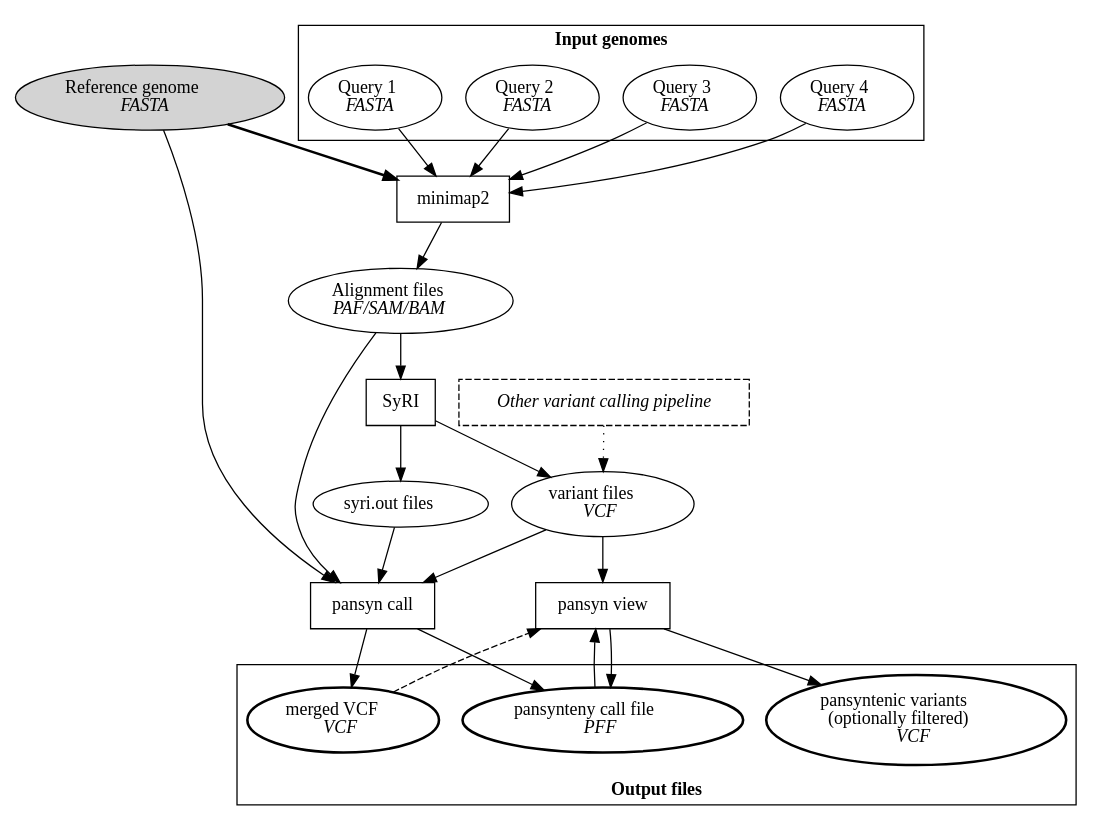
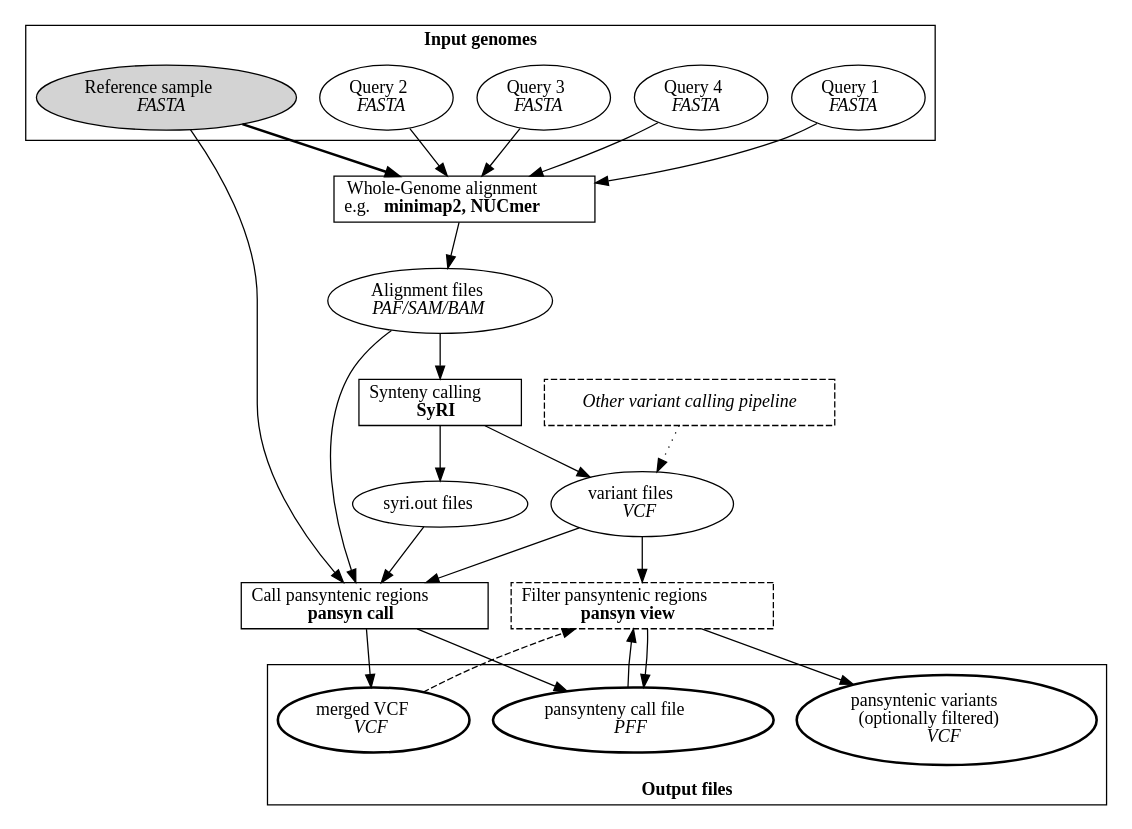
Before and after one commit to schneebergerlab/msyd: the diagram in workflow.dot, drawn with Graphviz. The commit also changed 1 other file, not shown here.

```diff
--- a/workflow.dot
+++ b/workflow.dot
@@ -1,68 +1,65 @@
 digraph example{
 	//rankdir = LR
-	{
-		// input files
-		//node[style=none];
-		ref[label=<Reference genome<br/><i>FASTA</i>>, style=filled];
-		subgraph cluster1{
+	// input files
+	subgraph cluster1{
 			label="Input genomes";
 			fontname="Times-Bold";
+			ref[label=<Reference sample<br/><i>FASTA</i>>, style=filled];
 			Q2[label=<Query 2<br/><i>FASTA</i>>];
 			Q1[label=<Query 1<br/><i>FASTA</i>>];
 			Q4[label=<Query 4<br/><i>FASTA</i>>];
 			Q3[label=<Query 3<br/><i>FASTA</i>>];
-		}
 	}
 
 	{
 		// intermediate files
 		//node[style=dashed];
 		syriout[label=<syri.out files>];
 		vcfs[label=<variant files<br/><i>VCF</i>>];
 		alns[label=<Alignment files<br/><i>PAF/SAM/BAM</i>>];
 	}
 
 	{
 		// software tools
 		node[shape=box];
-		minimap2;
-		SyRI;
+		aligner [label=<Whole-Genome alignment<br/>e.g. <b>minimap2, NUCmer</b>>]
+		SyRI [label=<Synteny calling<br/><b>SyRI</b>>];
+		call [label=<Call pansyntenic regions<br/><b>pansyn call</b>>];
 		callers [label="Other variant calling pipeline", fontname="Times-Italic", style=dashed];
-		call [label="pansyn call"];
-		view [label="pansyn view"];
+		view [label=<Filter pansyntenic regions<br/><b>pansyn view</b>>, style=dashed];
 	}
 
 	subgraph cluster2{
 		// output files
 		label="Output files";
 		fontname="Times-Bold";
 		labelloc=b;
 		node[style=bold];
 		vcf [label=<merged VCF<br/><i>VCF</i>>];
 		pff [label=<pansynteny call file<br/><i>PFF</i>>];
 		filtered [label=<pansyntenic variants<br/>(optionally filtered)<br/><i>VCF</i>>];
 	}
 
-	Q1 -> minimap2;
-	Q2 -> minimap2;
-	Q3 -> minimap2;
-	Q4 -> minimap2;
-	ref -> minimap2[style=bold];
+	Q1 -> aligner;
+	Q2 -> aligner;
+	Q3 -> aligner;
+	Q4 -> aligner;
+	ref -> aligner[style=bold];
 
-	minimap2 -> alns -> SyRI -> syriout;
+	aligner -> alns -> SyRI -> syriout;
 	SyRI -> vcfs
 	callers -> vcfs [style=dotted];
 
 	ref -> call -> pff;
 	vcfs -> call -> vcf;
 	syriout -> call;
 	alns -> call;
 
 	pff -> view -> pff;
 	vcf -> view [style=dashed];
 	vcfs -> view -> filtered;
 
 
 
 
 }
```
